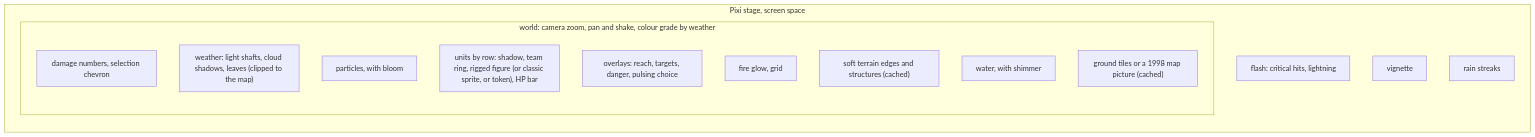
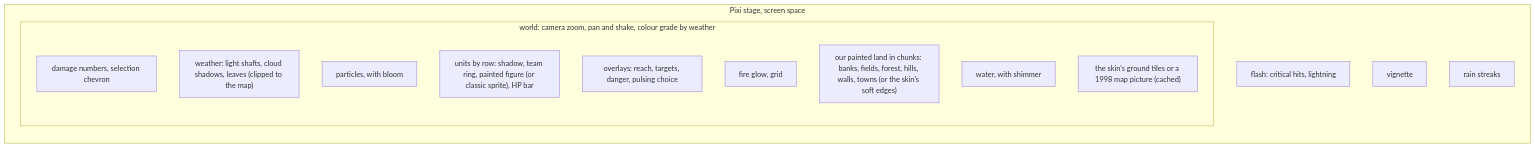
One commit to dudueul/caocao changed the tenth of 12 diagrams in docs/remake/ARCHITECTURE.md. Above: the diagram before and after it, drawn with Mermaid. The commit also changed other lines of this file and 22 other files, not shown here.

First line of the commit message:
Paint terrain that joins, with Han-era towns and walls

````diff
--- a/docs/remake/ARCHITECTURE.md
+++ b/docs/remake/ARCHITECTURE.md
@@ -355,21 +356,21 @@
 ```mermaid
 flowchart TB
   subgraph stage["Pixi stage, screen space"]
     direction TB
     FL["flash: critical hits, lightning"]
     VG["vignette"]
     RS["rain streaks"]
     subgraph world["world: camera zoom, pan and shake, colour grade by weather"]
       direction TB
       LB["damage numbers, selection chevron"]
       AM["weather: light shafts, cloud shadows, leaves (clipped to the map)"]
       PT["particles, with bloom"]
-      UN["units by row: shadow, team ring, rigged figure (or classic sprite, or token), HP bar"]
+      UN["units by row: shadow, team ring, painted figure (or classic sprite), HP bar"]
       OV["overlays: reach, targets, danger, pulsing choice"]
       FG["fire glow, grid"]
-      ED["soft terrain edges and structures (cached)"]
+      ED["our painted land in chunks: banks, fields, forest, hills, walls, towns (or the skin's soft edges)"]
       WT["water, with shimmer"]
-      GR["ground tiles or a 1998 map picture (cached)"]
+      GR["the skin's ground tiles or a 1998 map picture (cached)"]
     end
   end
 ```
````
